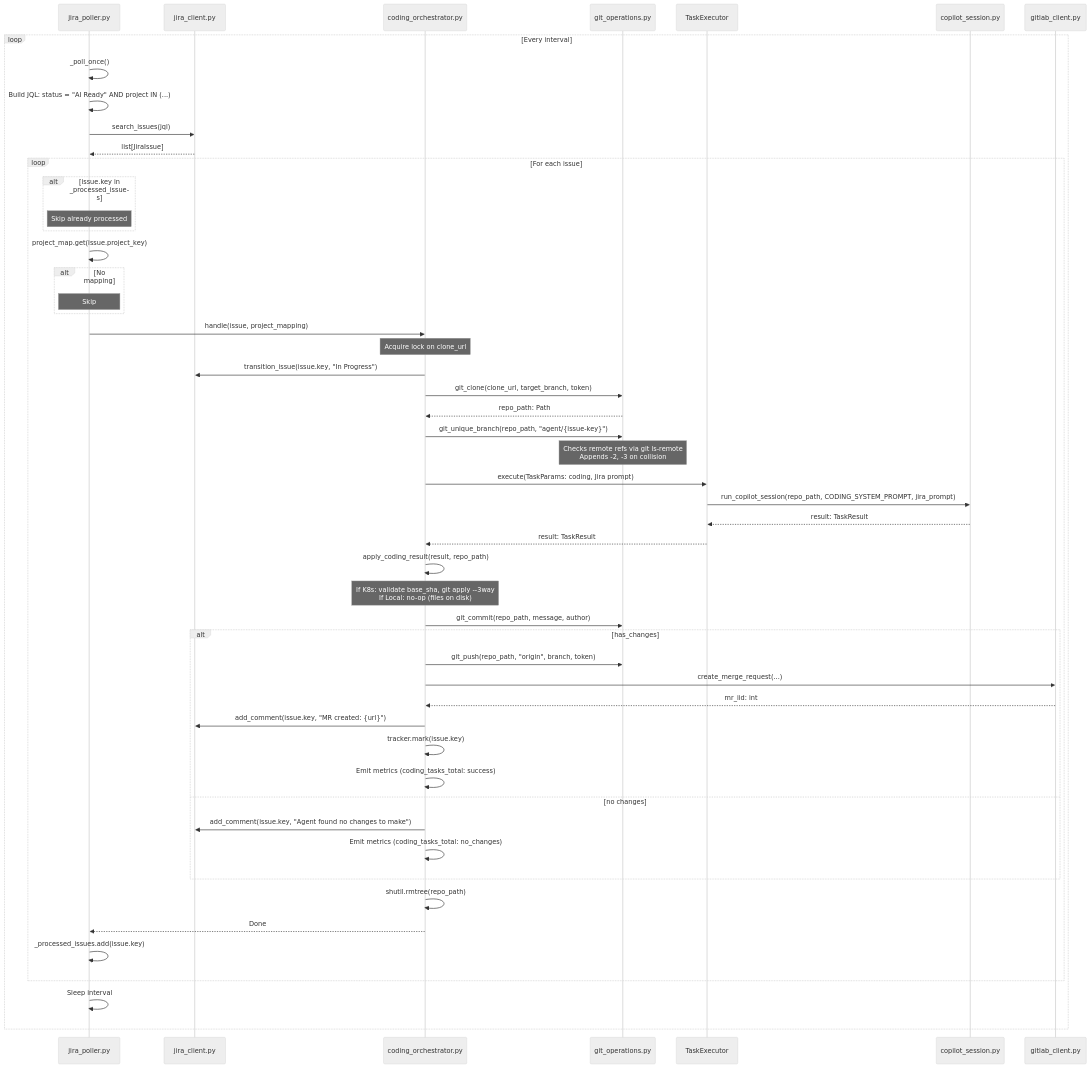
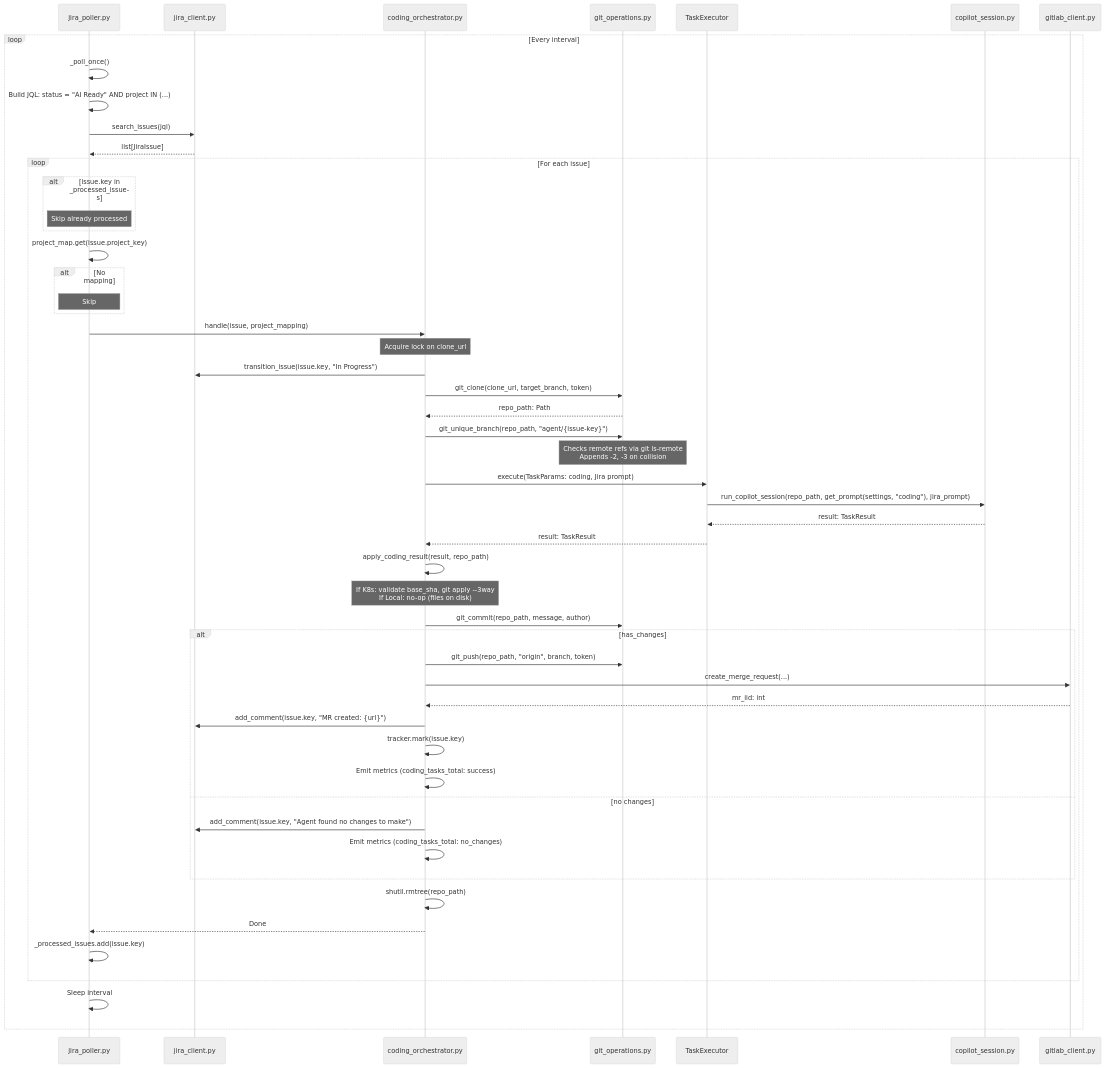
Before and after one commit to peteroden/gitlab-copilot-agent: the fifth of 5 diagrams in docs/wiki/request-flows.md, drawn with Mermaid (neutral theme). The commit also changed other lines of this file and 12 other files, not shown here.

First line of the commit message:
refactor(config): extract system prompts into configurable Settings (#198)

````diff
--- a/docs/wiki/request-flows.md
+++ b/docs/wiki/request-flows.md
@@ -259,67 +259,67 @@
 ```mermaid
 sequenceDiagram
     participant POLL as jira_poller.py
     participant JCL as jira_client.py
     participant CODING as coding_orchestrator.py
     participant GIT as git_operations.py
     participant EXEC as TaskExecutor
     participant COP as copilot_session.py
     participant GLCL as gitlab_client.py
     
     loop Every interval
         POLL->>POLL: _poll_once()
         POLL->>POLL: Build JQL: status = "AI Ready" AND project IN (...)
         POLL->>JCL: search_issues(jql)
         JCL-->>POLL: list[JiraIssue]
         
         loop For each issue
             alt issue.key in _processed_issues
                 Note over POLL: Skip already processed
             end
             
             POLL->>POLL: project_map.get(issue.project_key)
             alt No mapping
                 Note over POLL: Skip
             end
             
             POLL->>CODING: handle(issue, project_mapping)
             
             Note over CODING: Acquire lock on clone_url
             
             CODING->>JCL: transition_issue(issue.key, "In Progress")
             CODING->>GIT: git_clone(clone_url, target_branch, token)
             GIT-->>CODING: repo_path: Path
             
             CODING->>GIT: git_unique_branch(repo_path, "agent/{issue-key}")
             Note over GIT: Checks remote refs via git ls-remote<br/>Appends -2, -3 on collision
             
             CODING->>EXEC: execute(TaskParams: coding, Jira prompt)
-            EXEC->>COP: run_copilot_session(repo_path, CODING_SYSTEM_PROMPT, jira_prompt)
+            EXEC->>COP: run_copilot_session(repo_path, get_prompt(settings, "coding"), jira_prompt)
             COP-->>EXEC: result: TaskResult
             EXEC-->>CODING: result: TaskResult
             
             CODING->>CODING: apply_coding_result(result, repo_path)
             Note over CODING: If K8s: validate base_sha, git apply --3way<br/>If Local: no-op (files on disk)
             
             CODING->>GIT: git_commit(repo_path, message, author)
             alt has_changes
                 CODING->>GIT: git_push(repo_path, "origin", branch, token)
                 CODING->>GLCL: create_merge_request(...)
                 GLCL-->>CODING: mr_iid: int
                 CODING->>JCL: add_comment(issue.key, "MR created: {url}")
                 CODING->>CODING: tracker.mark(issue.key)
                 CODING->>CODING: Emit metrics (coding_tasks_total: success)
             else no changes
                 CODING->>JCL: add_comment(issue.key, "Agent found no changes to make")
                 CODING->>CODING: Emit metrics (coding_tasks_total: no_changes)
             end
             
             CODING->>CODING: shutil.rmtree(repo_path)
             CODING-->>POLL: Done
             
             POLL->>POLL: _processed_issues.add(issue.key)
         end
         
         POLL->>POLL: Sleep interval
     end
 ```
````
